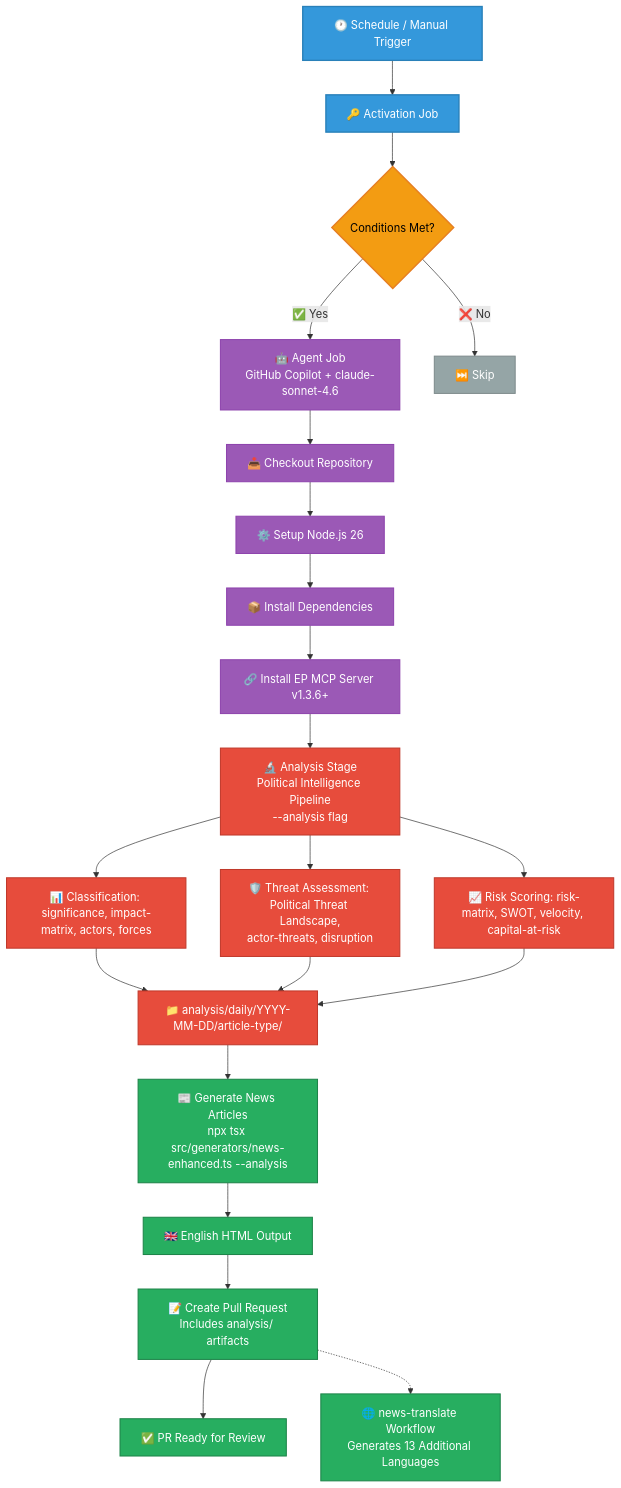
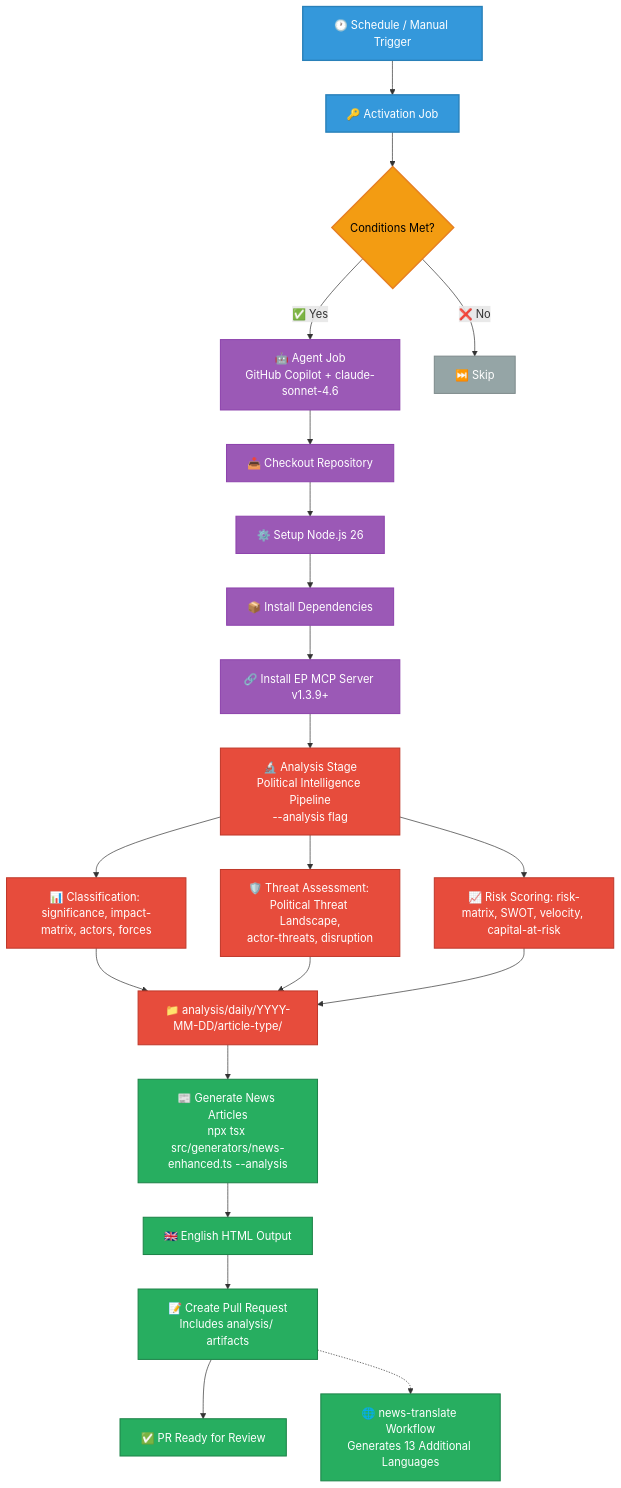
One commit to Hack23/euparliamentmonitor changed the third of 22 diagrams in WORKFLOWS.md. Above: the diagram before and after it, drawn with Mermaid. The commit also changed other lines of this file and 64 other files, not shown here.

First line of the commit message:
bump european-parliament-mcp-server to 1.3.9 across workflows, config, MCP client, tests and docs

````diff
--- a/WORKFLOWS.md
+++ b/WORKFLOWS.md
@@ -276,37 +276,37 @@
 ```mermaid
 graph TD
     A[🕐 Schedule / Manual Trigger] --> B[🔑 Activation Job]
     B --> C{Conditions Met?}
     C -->|✅ Yes| D[🤖 Agent Job<br/>GitHub Copilot + claude-sonnet-4.6]
     C -->|❌ No| E[⏭️ Skip]
     D --> F[📥 Checkout Repository]
     F --> G[⚙️ Setup Node.js 26]
     G --> H[📦 Install Dependencies]
-    H --> I[🔗 Install EP MCP Server v1.3.6+]
+    H --> I[🔗 Install EP MCP Server v1.3.9+]
     I --> J1[🔬 Analysis Stage<br/>Political Intelligence Pipeline<br/>--analysis flag]
     J1 --> J1a[📊 Classification: significance, impact-matrix, actors, forces]
     J1 --> J1b[🛡️ Threat Assessment: Political Threat Landscape,<br/>actor-threats, disruption]
     J1 --> J1c[📈 Risk Scoring: risk-matrix, SWOT, velocity, capital-at-risk]
     J1a --> J1d["📁 analysis/daily/YYYY-MM-DD/article-type/"]
     J1b --> J1d
     J1c --> J1d
     J1d --> J[📰 Generate News Articles<br/>npx tsx src/generators/news-enhanced.ts --analysis]
     J --> K[🇬🇧 English HTML Output]
     K --> L[📝 Create Pull Request<br/>Includes analysis/ artifacts]
     L --> M[✅ PR Ready for Review]
     L -.-> N[🌐 news-translate Workflow<br/>Generates 13 Additional Languages]
 
     classDef trigger fill:#3498db,stroke:#2980b9,stroke-width:2px,color:white
     classDef process fill:#9b59b6,stroke:#8e44ad,stroke-width:1.5px,color:white
     classDef decision fill:#f39c12,stroke:#e67e22,stroke-width:2px,color:black
     classDef skip fill:#95a5a6,stroke:#7f8c8d,stroke-width:1.5px,color:white
     classDef analysis fill:#e74c3c,stroke:#c0392b,stroke-width:1.5px,color:white
     classDef output fill:#27ae60,stroke:#1e8449,stroke-width:1.5px,color:white
 
     class A,B trigger
     class D,F,G,H,I process
     class C decision
     class E skip
     class J1,J1a,J1b,J1c,J1d analysis
     class J,K,L,M,N output
 ```
````
